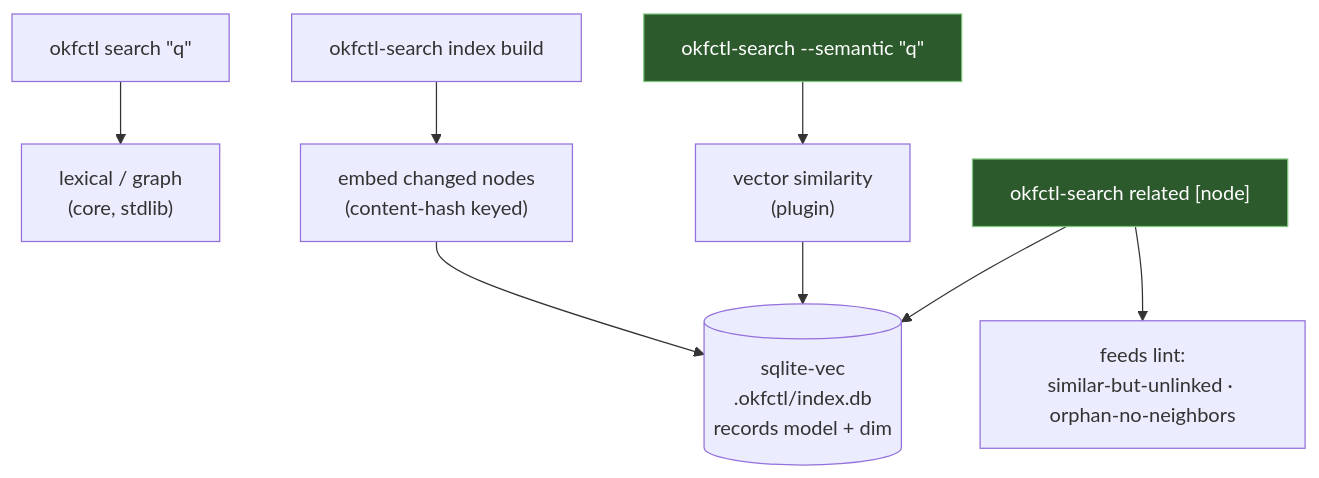
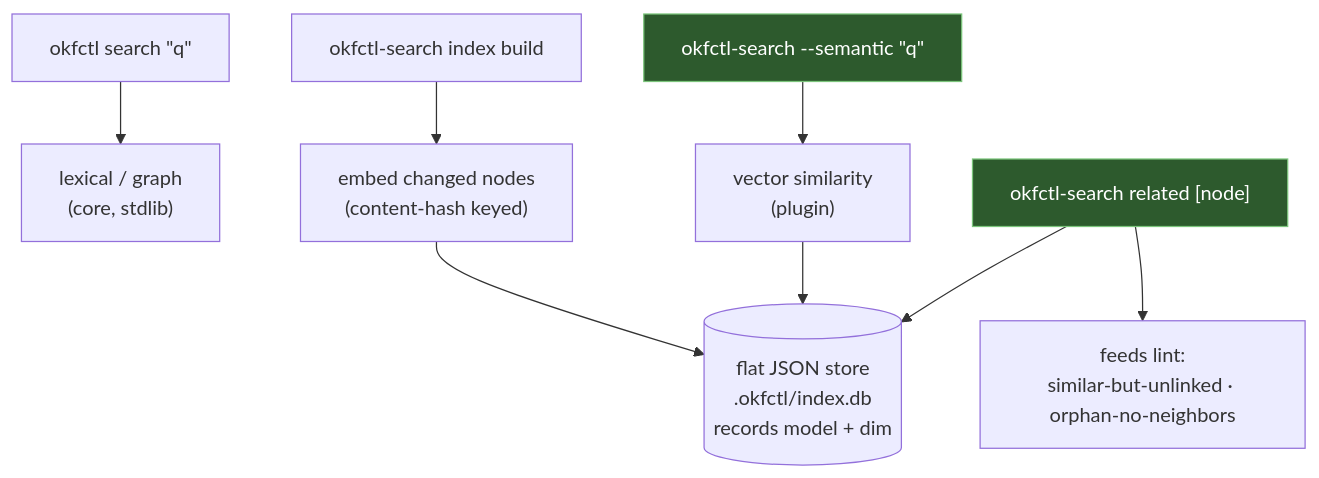
One commit to cwest/okfctl changed the third of 6 diagrams in docs/PRD.md. Above: the diagram before and after it, drawn with Mermaid. The commit also changed other lines of this file and 9 other files, not shown here.

````diff
--- a/docs/PRD.md
+++ b/docs/PRD.md
@@ -457,13 +466,13 @@
 ```mermaid
 flowchart TD
     q["okfctl search &quot;q&quot;"] --> lex["lexical / graph<br/>(core, stdlib)"]
     qs["okfctl-search --semantic &quot;q&quot;"] --> vec["vector similarity<br/>(plugin)"]
     build["okfctl-search index build"] --> embed["embed changed nodes<br/>(content-hash keyed)"]
-    embed --> db[("sqlite-vec<br/>.okfctl/index.db<br/>records model + dim")]
+    embed --> db[("flat JSON store<br/>.okfctl/index.db<br/>records model + dim")]
     vec --> db
     rel["okfctl-search related [node]"] --> db
     rel --> lintuse["feeds lint:<br/>similar-but-unlinked · orphan-no-neighbors"]
 
     style qs fill:#2d5a2d,stroke:#7bc47b,color:#fff
     style rel fill:#2d5a2d,stroke:#7bc47b,color:#fff
 ```
````
